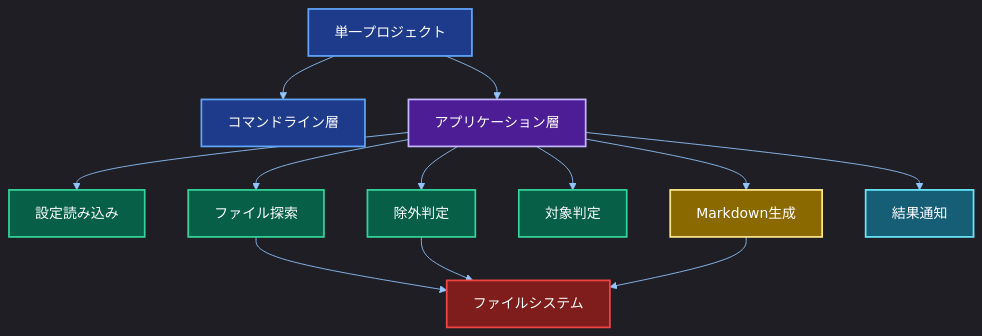
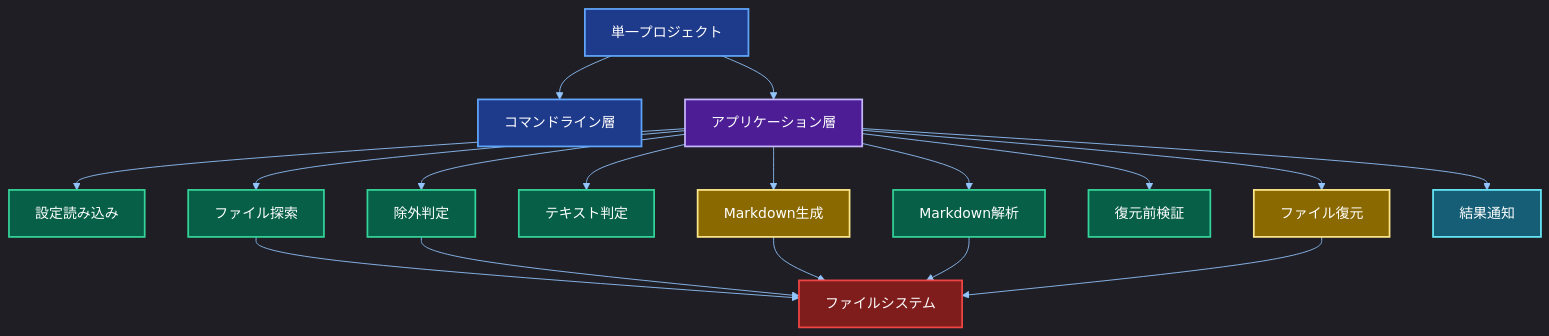
One commit to SKAsApp/source-to-markdown changed the first of 4 diagrams in document/02_基本設計書.md. Above: the diagram before and after it, drawn with Mermaid. The commit also changed other lines of this file and 17 other files, not shown here.

````diff
--- a/document/02_基本設計書.md
+++ b/document/02_基本設計書.md
@@ -87,49 +97,51 @@
 ```mermaid
 %%{
 	init:
 	{
 		"theme": "dark",
 		"themeVariables":
 		{
 			"primaryColor":"#0b1220",
 			"primaryTextColor":"#e5e7eb",
 			"primaryBorderColor":"#60a5fa",
 			"lineColor":"#93c5fd",
 			"secondaryColor":"#111827",
 			"tertiaryColor":"#0f172a",
 			"fontFamily": "\"Hiragino Kaku Gothic ProN\", \"YuGothic\", \"Yu Gothic\", sans-serif"
 		}
 	}
 }%%
 flowchart TB
-	B["単一プロジェクト"]
-	B --> C["コマンドライン層"]
+	B["単一プロジェクト"] --> C["コマンドライン層"]
 	B --> D["アプリケーション層"]
 	D --> E["設定読み込み"]
 	D --> F["ファイル探索"]
 	D --> G["除外判定"]
-	D --> H["対象判定"]
+	D --> H["テキスト判定"]
 	D --> I["Markdown生成"]
-	D --> J["結果通知"]
-	F --> K["ファイルシステム"]
-	G --> K
-	I --> K
-
+	D --> J["Markdown解析"]
+	D --> K["復元前検証"]
+	D --> L["ファイル復元"]
+	D --> M["結果通知"]
+	F --> N["ファイルシステム"]
+	G --> N
+	I --> N
+	J --> N
+	L --> N
 	classDef subgraph_box_blue fill:#1f2937,stroke:#64748b,color:#e5e7eb;
 	classDef subgraph_box_green fill:#0f1f1a,stroke:#7a8f86,color:#e5e7eb;
 	classDef subgraph_box_red fill:#2a1222,stroke:#9b7a8c,color:#e5e7eb;
 	classDef blue fill:#1e3a8a,stroke:#60a5fa,color:#ffffff,stroke-width:2px;
 	classDef green fill:#065f46,stroke:#34d399,color:#ffffff,stroke-width:2px;
 	classDef yellow fill:#8a6a00,stroke:#fde68a,color:#ffffff,stroke-width:2px;
 	classDef red fill:#7f1d1d,stroke:#ef4444,color:#ffffff,stroke-width:2px;
 	classDef purple fill:#4c1d95,stroke:#c4b5fd,color:#ffffff,stroke-width:2px;
 	classDef cyan fill:#155e75,stroke:#67e8f9,color:#ffffff,stroke-width:2px;
 	classDef pink fill:#a41b66,stroke:#f9a8d4,color:#ffffff,stroke-width:2px;
-
 	class B,C blue;
 	class D purple;
-	class E,F,G,H green;
-	class I yellow;
-	class J cyan;
-	class K red;
+	class E,F,G,H,J,K green;
+	class I,L yellow;
+	class M cyan;
+	class N red;
 ```
````
